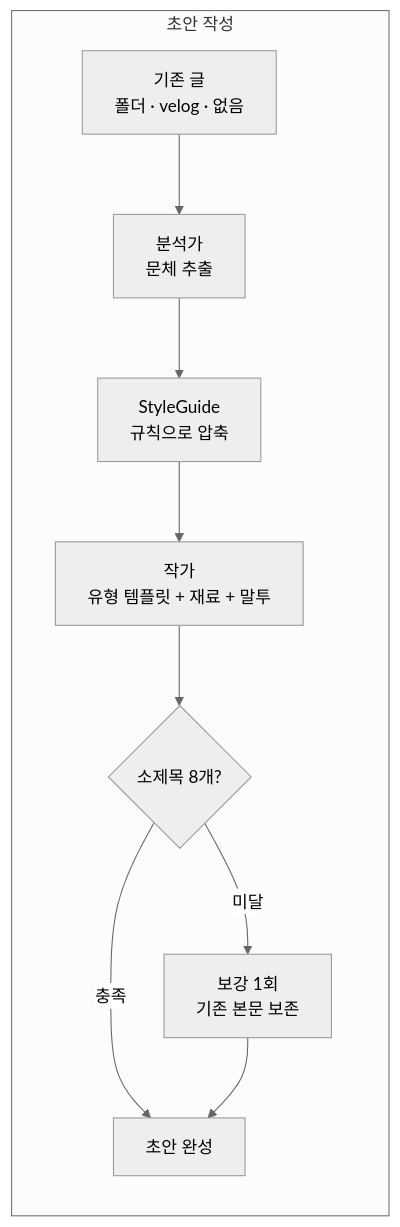
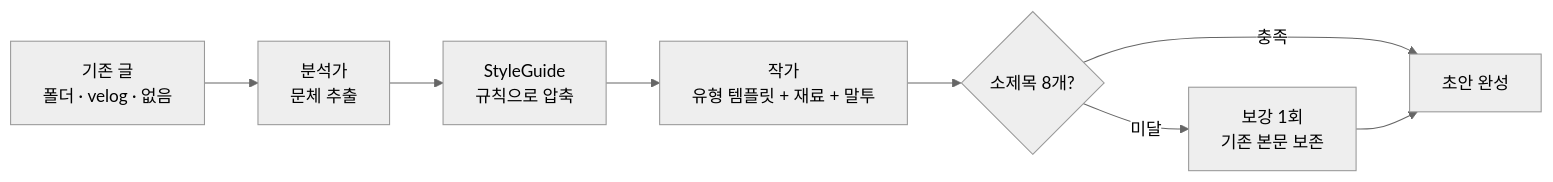
One commit to choijw1004/post-writer-agent changed the diagram in README.md. Above: the diagram before and after it, drawn with Mermaid (neutral theme). The commit also changed other lines of this file, not shown here.

````diff
--- a/README.md
+++ b/README.md
@@ -38,12 +45,10 @@
 ```mermaid
 flowchart LR
-    subgraph 초안 작성
-        A[기존 글<br/>폴더 · velog · 없음] --> B[분석가<br/>문체 추출]
-        B --> C[StyleGuide<br/>규칙으로 압축]
-        C --> D[작가<br/>유형 템플릿 + 재료 + 말투]
-        D --> E{소제목 8개?}
-        E -- 미달 --> F[보강 1회<br/>기존 본문 보존]
-        E -- 충족 --> G[초안 완성]
-        F --> G
-    end
+    A[기존 글<br/>폴더 · velog · 없음] --> B[분석가<br/>문체 추출]
+    B --> C[StyleGuide<br/>규칙으로 압축]
+    C --> D[작가<br/>유형 템플릿 + 재료 + 말투]
+    D --> E{소제목 8개?}
+    E -- 미달 --> F[보강 1회<br/>기존 본문 보존]
+    E -- 충족 --> G[초안 완성]
+    F --> G
 ```
````
